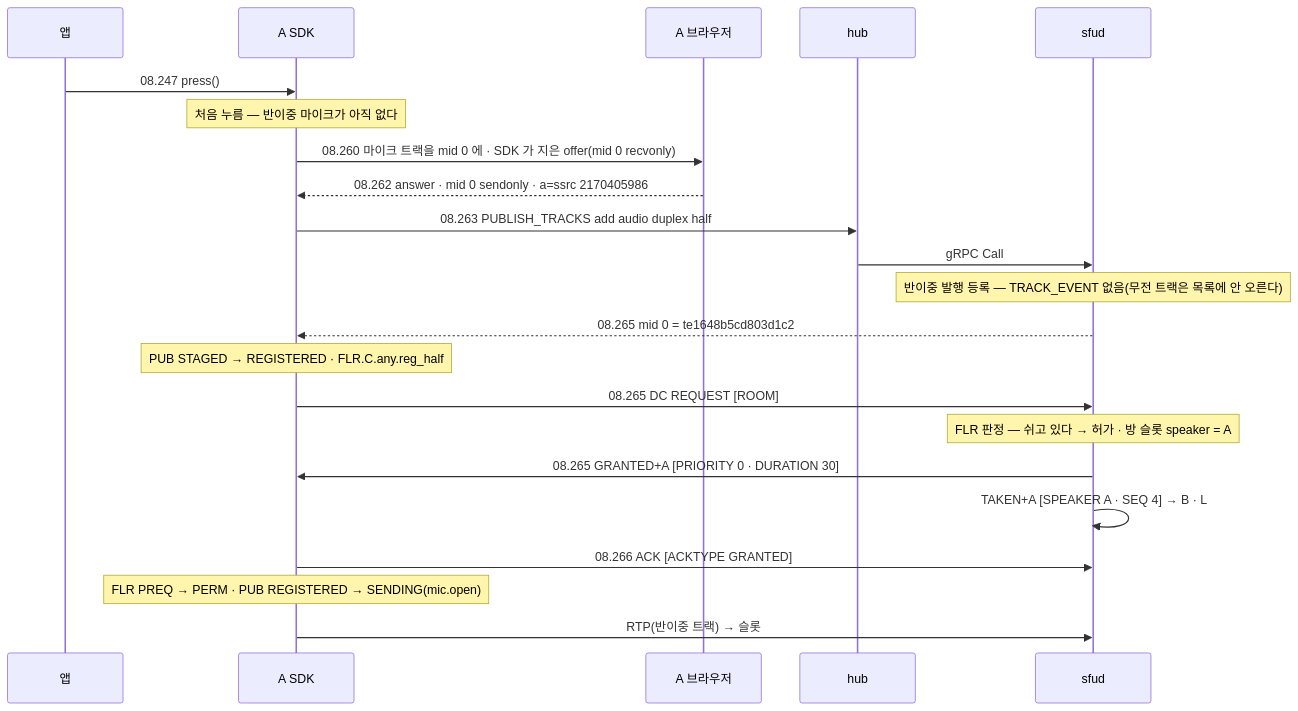
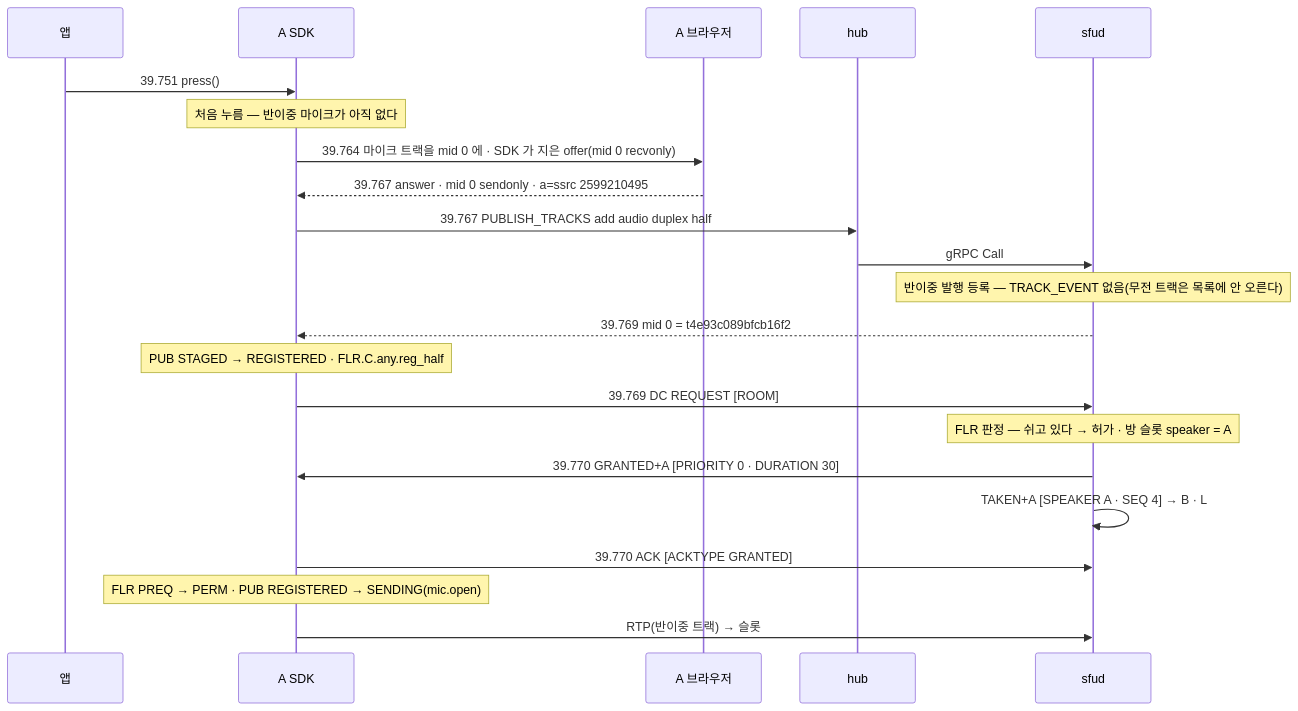
Before and after one commit to kodeholic9/oxlens-sfu: the third of 3 diagrams in docs/learn/03_PTT_FLOOR.md, drawn with Mermaid. The commit also changed other lines of this file and 3 other files, not shown here.

First line of the commit message:
공개 문서 — 발언권 놓음 A 비트(연동규격서 10-flr · RELEASE 「세운다」 · ACK 행) · 학습 문서 03 다시 잼 · 04 놓음 줄 · 07 라벨(npm run publish -- --sync)

````diff
--- a/docs/learn/03_PTT_FLOOR.md
+++ b/docs/learn/03_PTT_FLOOR.md
@@ -106,24 +106,24 @@
 ```mermaid
 sequenceDiagram
   participant APP as 앱
   participant SDK as A SDK
   participant BR as A 브라우저
   participant H as hub
   participant S as sfud
-  APP->>SDK: 08.247 press()
+  APP->>SDK: 39.751 press()
   Note over SDK: 처음 누름 — 반이중 마이크가 아직 없다
-  SDK->>BR: 08.260 마이크 트랙을 mid 0 에 · SDK 가 지은 offer(mid 0 recvonly)
-  BR-->>SDK: 08.262 answer · mid 0 sendonly · a=ssrc 2170405986
-  SDK->>H: 08.263 PUBLISH_TRACKS add audio duplex half
+  SDK->>BR: 39.764 마이크 트랙을 mid 0 에 · SDK 가 지은 offer(mid 0 recvonly)
+  BR-->>SDK: 39.767 answer · mid 0 sendonly · a=ssrc 2599210495
+  SDK->>H: 39.767 PUBLISH_TRACKS add audio duplex half
   H->>S: gRPC Call
   Note over S: 반이중 발행 등록 — TRACK_EVENT 없음(무전 트랙은 목록에 안 오른다)
-  S-->>SDK: 08.265 mid 0 = te1648b5cd803d1c2
+  S-->>SDK: 39.769 mid 0 = t4e93c089bfcb16f2
   Note over SDK: PUB STAGED → REGISTERED · FLR.C.any.reg_half
-  SDK->>S: 08.265 DC REQUEST [ROOM]
+  SDK->>S: 39.769 DC REQUEST [ROOM]
   Note over S: FLR 판정 — 쉬고 있다 → 허가 · 방 슬롯 speaker = A
-  S->>SDK: 08.265 GRANTED+A [PRIORITY 0 · DURATION 30]
+  S->>SDK: 39.770 GRANTED+A [PRIORITY 0 · DURATION 30]
   S->>S: TAKEN+A [SPEAKER A · SEQ 4] → B · L
-  SDK->>S: 08.266 ACK [ACKTYPE GRANTED]
+  SDK->>S: 39.770 ACK [ACKTYPE GRANTED]
   Note over SDK: FLR PREQ → PERM · PUB REGISTERED → SENDING(mic.open)
   SDK->>S: RTP(반이중 트랙) → 슬롯
 ```
````
